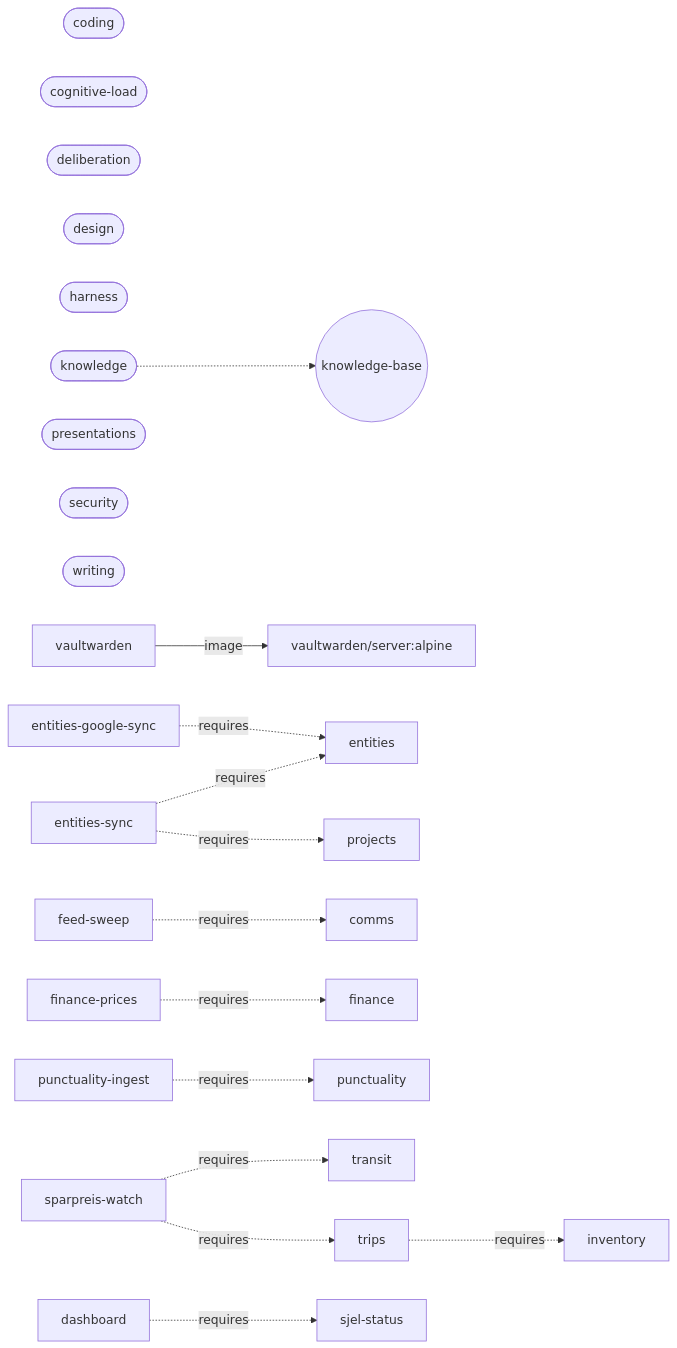
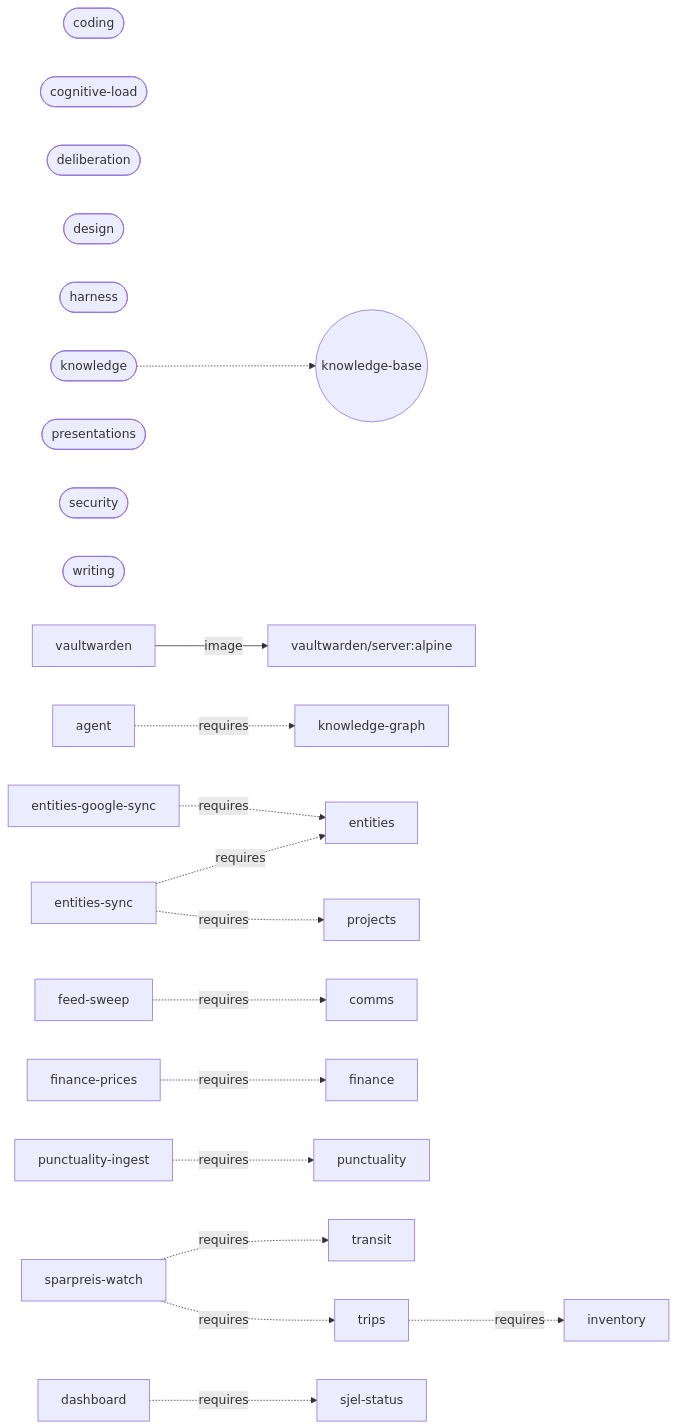
One commit to larsboes/Sjel changed the diagram in ARCHITECTURE.md. Above: the diagram before and after it, drawn with Mermaid. The commit also changed other lines of this file and 4 other files, not shown here.

First line of the commit message:
calendar: the retire route declares its body, and the architecture is current

````diff
--- a/ARCHITECTURE.md
+++ b/ARCHITECTURE.md
@@ -167,24 +168,25 @@
 ```mermaid
 flowchart LR
   pack_coding(["coding"])
   pack_cognitive_load(["cognitive-load"])
   pack_deliberation(["deliberation"])
   pack_design(["design"])
   pack_harness(["harness"])
   pack_knowledge(["knowledge"])
   pack_knowledge -.-> sys_knowledge_base(("knowledge-base"))
   pack_presentations(["presentations"])
   pack_security(["security"])
   pack_writing(["writing"])
   cap_vaultwarden["vaultwarden"] -->|image| img_vaultwarden_server["vaultwarden/server:alpine"]
+  cap_agent["agent"] -.->|requires| cap_knowledge_graph["knowledge-graph"]
   cap_entities_google_sync["entities-google-sync"] -.->|requires| cap_entities["entities"]
   cap_entities_sync["entities-sync"] -.->|requires| cap_projects["projects"]
   cap_entities_sync["entities-sync"] -.->|requires| cap_entities["entities"]
   cap_feed_sweep["feed-sweep"] -.->|requires| cap_comms["comms"]
   cap_finance_prices["finance-prices"] -.->|requires| cap_finance["finance"]
   cap_punctuality_ingest["punctuality-ingest"] -.->|requires| cap_punctuality["punctuality"]
   cap_sparpreis_watch["sparpreis-watch"] -.->|requires| cap_transit["transit"]
   cap_sparpreis_watch["sparpreis-watch"] -.->|requires| cap_trips["trips"]
   cap_trips["trips"] -.->|requires| cap_inventory["inventory"]
   cap_dashboard["dashboard"] -.->|requires| cap_sjel_status["sjel-status"]
 ```
````
